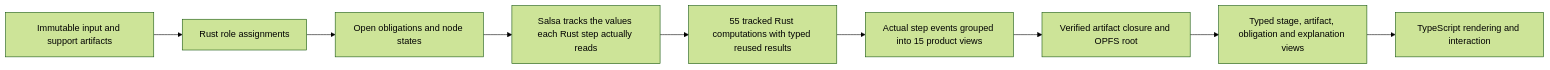
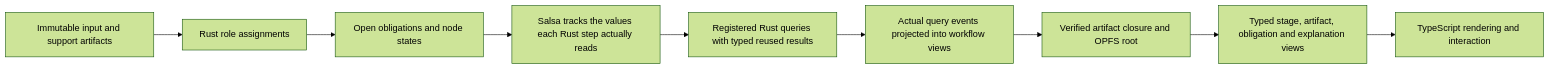
The diagram in docs/semantic-federation/production-proof.md (uzaira0/chronicle-android-raw-data-preprocessing-app), drawn with Mermaid (forest theme) before and after one commit. The commit also changed other lines of this file and 278 other files, not shown here.

````diff
--- a/docs/semantic-federation/production-proof.md
+++ b/docs/semantic-federation/production-proof.md
@@ -57,14 +55,14 @@
 ```mermaid
 flowchart LR
     I["Immutable input and support artifacts"]
     A["Rust role assignments"]
     O["Open obligations and node states"]
     K["Salsa tracks the values each Rust step actually reads"]
-    P["55 tracked Rust computations with typed reused results"]
-    E["Actual step events grouped into 15 product views"]
+    P["Registered Rust queries with typed reused results"]
+    E["Actual query events projected into workflow views"]
     C["Verified artifact closure and OPFS root"]
     V["Typed stage, artifact, obligation and explanation views"]
     U["TypeScript rendering and interaction"]
 
     I --> A --> O --> K --> P --> E --> C --> V --> U
 ```
````
